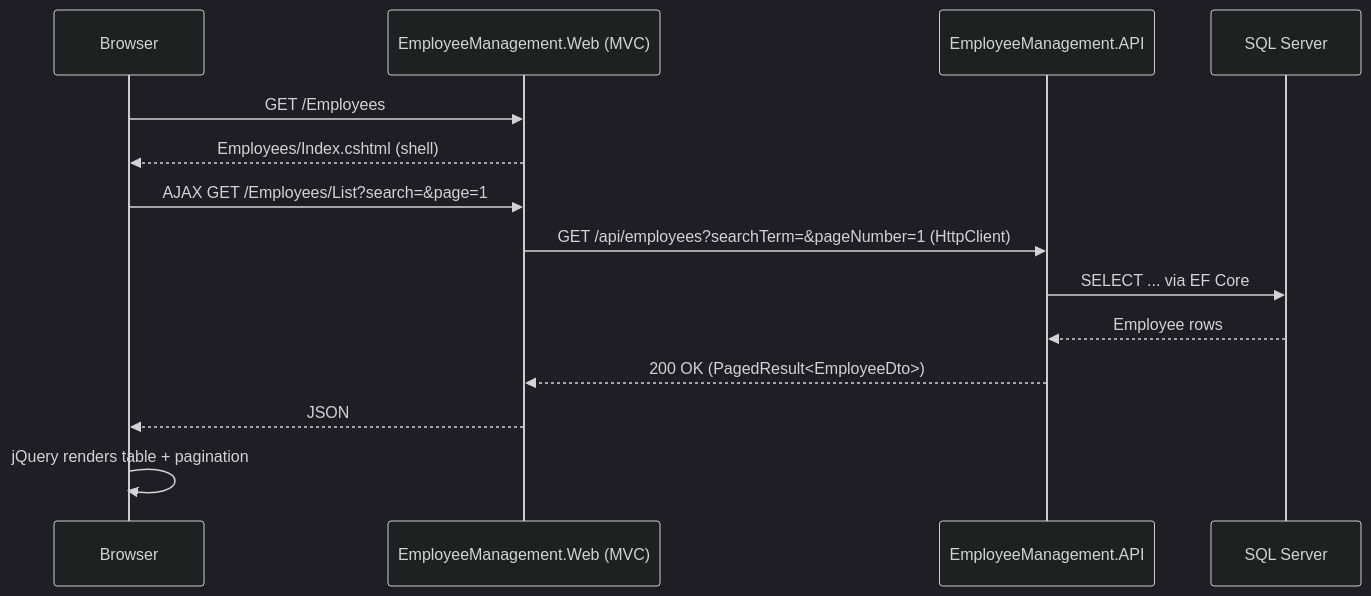
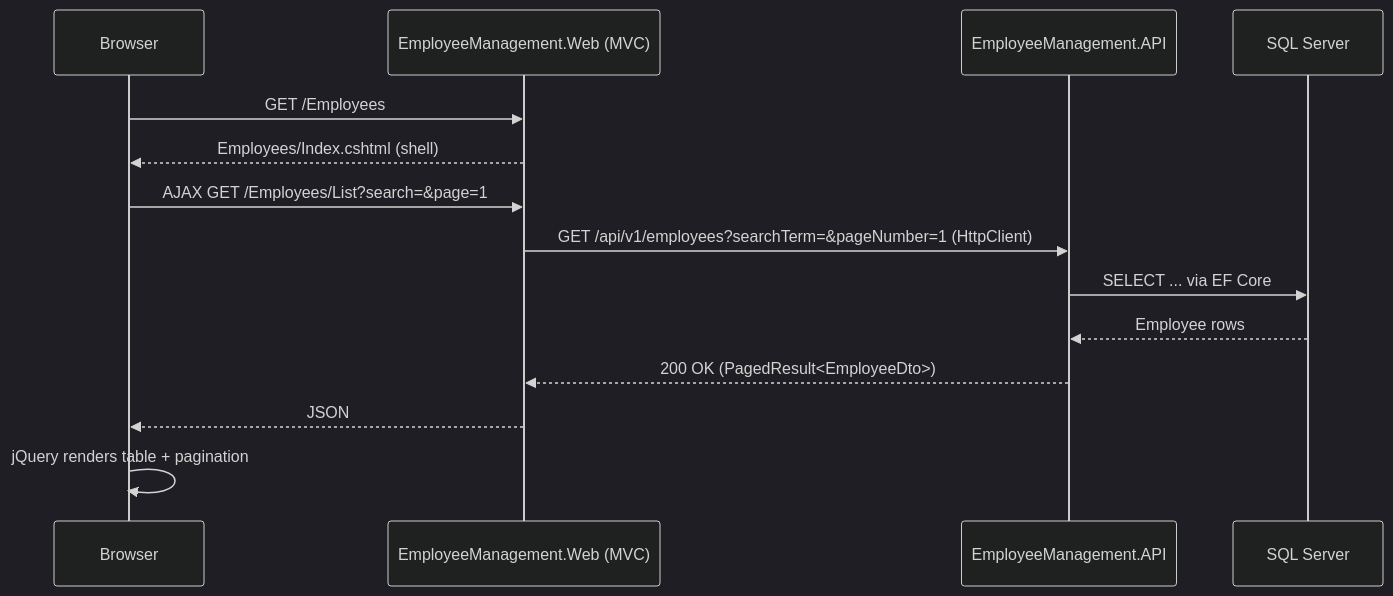
The second of 5 diagrams in README.md (popuri2000/employee-management-devops-demo), drawn with Mermaid (dark theme) before and after one commit. The commit also changed other lines of this file and 15 other files, not shown here.

````diff
--- a/README.md
+++ b/README.md
@@ -84,17 +107,17 @@
 ```mermaid
 sequenceDiagram
     participant Browser
     participant WebMVC as EmployeeManagement.Web (MVC)
     participant API as EmployeeManagement.API
     participant DB as SQL Server
 
     Browser->>WebMVC: GET /Employees
     WebMVC-->>Browser: Employees/Index.cshtml (shell)
     Browser->>WebMVC: AJAX GET /Employees/List?search=&page=1
-    WebMVC->>API: GET /api/employees?searchTerm=&pageNumber=1 (HttpClient)
+    WebMVC->>API: GET /api/v1/employees?searchTerm=&pageNumber=1 (HttpClient)
     API->>DB: SELECT ... via EF Core
     DB-->>API: Employee rows
     API-->>WebMVC: 200 OK (PagedResult<EmployeeDto>)
     WebMVC-->>Browser: JSON
     Browser->>Browser: jQuery renders table + pagination
 ```
````
